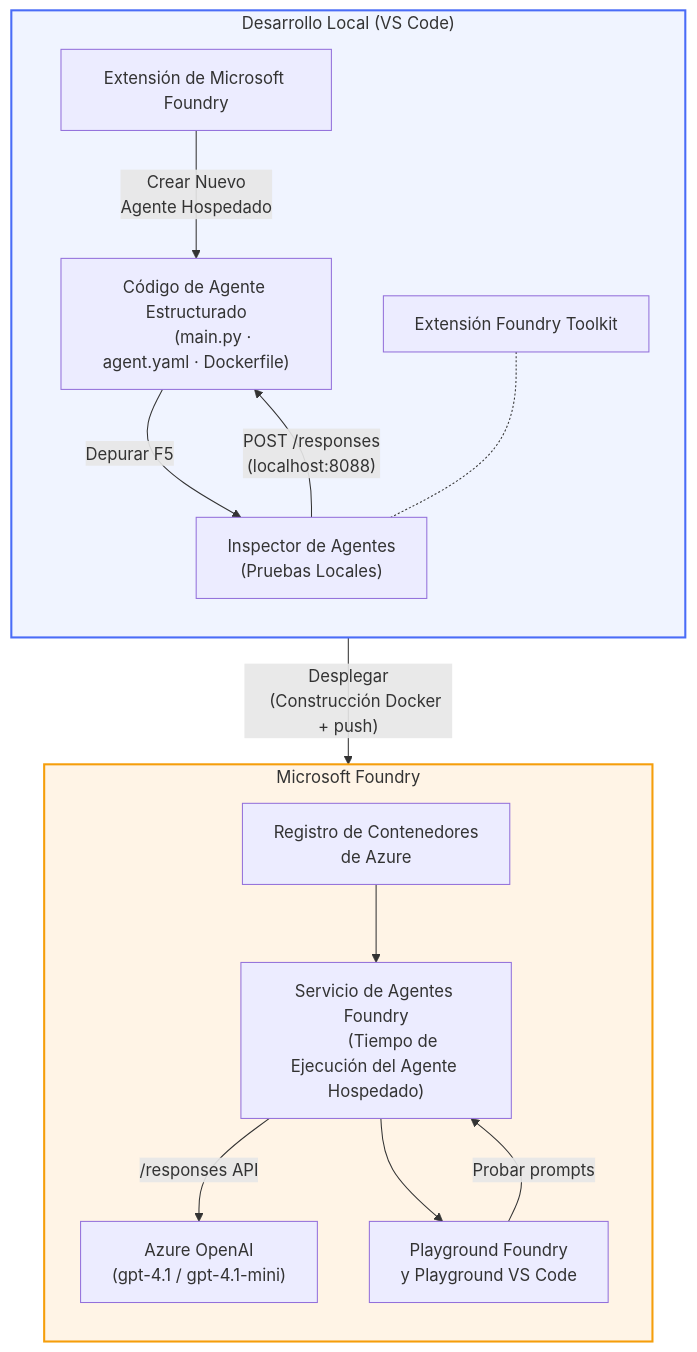
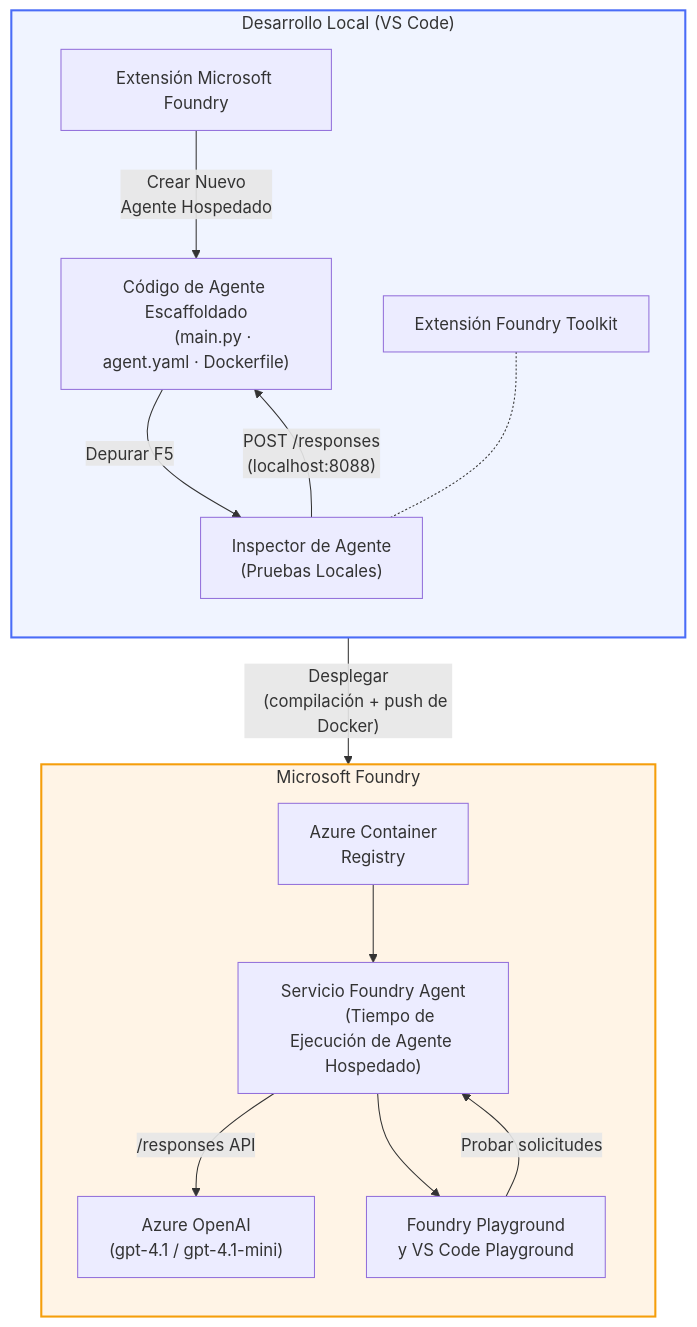
One commit to microsoft-foundry/Foundry_Toolkit_for_VSCode_Lab changed the diagram in translations/es/README.md. Above: the diagram before and after it, drawn with Mermaid. The commit also changed other lines of this file and 110 other files, not shown here.

````diff
--- a/translations/es/README.md
+++ b/translations/es/README.md
@@ -48,40 +52,40 @@
 ```mermaid
 flowchart TB
     subgraph Local["Desarrollo Local (VS Code)"]
         direction TB
-        FE["Extensión de Microsoft Foundry"]
+        FE["Extensión Microsoft Foundry"]
         FoundryToolkit["Extensión Foundry Toolkit"]
-        Scaffold["Código de Agente Estructurado
+        Scaffold["Código de Agente Escaffoldado
         (main.py · agent.yaml · Dockerfile)"]
-        Inspector["Inspector de Agentes
+        Inspector["Inspector de Agente
         (Pruebas Locales)"]
         FE -- "Crear Nuevo
         Agente Hospedado" --> Scaffold
         Scaffold -- "Depurar F5" --> Inspector
         FoundryToolkit -.- Inspector
     end
 
     subgraph Cloud["Microsoft Foundry"]
         direction TB
-        ACR["Registro de Contenedores
-        de Azure"]
-        AgentService["Servicio de Agentes Foundry
-        (Tiempo de Ejecución del Agente Hospedado)"]
+        ACR["Azure Container
+        Registry"]
+        AgentService["Servicio Foundry Agent
+        (Tiempo de Ejecución de Agente Hospedado)"]
         Model["Azure OpenAI
         (gpt-4.1 / gpt-4.1-mini)"]
-        Playground["Playground Foundry
-        y Playground VS Code"]
+        Playground["Foundry Playground
+        y VS Code Playground"]
         ACR --> AgentService
         AgentService -- "/responses API" --> Model
         AgentService --> Playground
     end
 
     Scaffold -- "Desplegar
-    (Construcción Docker + push)" --> ACR
+    (compilación + push de Docker)" --> ACR
     Inspector -- "POST /responses
     (localhost:8088)" --> Scaffold
-    Playground -- "Probar prompts" --> AgentService
+    Playground -- "Probar solicitudes" --> AgentService
 
     style Local fill:#f0f4ff,stroke:#4a6cf7,stroke-width:2px
     style Cloud fill:#fff4e6,stroke:#f59e0b,stroke-width:2px
 ```
````
